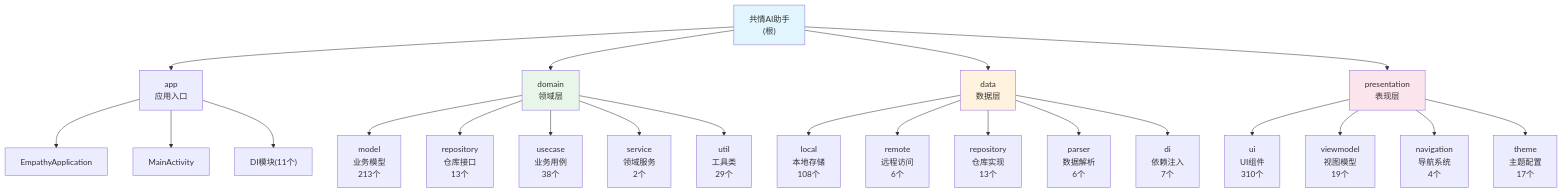
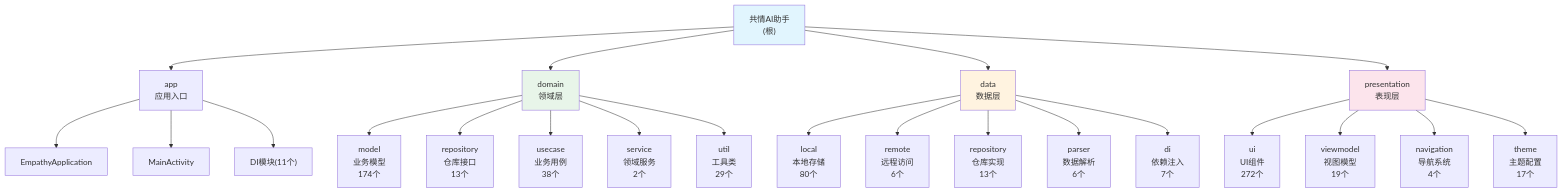
Before and after one commit to ZeroPointSix/empathize-with-others: the diagram in CLAUDE.md, drawn with Mermaid. The commit also changed other lines of this file and 60 other files, not shown here.

````diff
--- a/CLAUDE.md
+++ b/CLAUDE.md
@@ -81,38 +81,38 @@
 ```mermaid
 graph TD
     A["共情AI助手<br/>(根)"] --> B["app<br/>应用入口"]
     A --> C["domain<br/>领域层"]
     A --> D["data<br/>数据层"]
     A --> E["presentation<br/>表现层"]
 
     B --> B1["EmpathyApplication"]
     B --> B2["MainActivity"]
     B --> B3["DI模块(11个)"]
 
-    C --> C1["model<br/>业务模型<br/>213个"]
+    C --> C1["model<br/>业务模型<br/>174个"]
     C --> C2["repository<br/>仓库接口<br/>13个"]
     C --> C3["usecase<br/>业务用例<br/>38个"]
     C --> C4["service<br/>领域服务<br/>2个"]
     C --> C5["util<br/>工具类<br/>29个"]
 
-    D --> D1["local<br/>本地存储<br/>108个"]
+    D --> D1["local<br/>本地存储<br/>80个"]
     D --> D2["remote<br/>远程访问<br/>6个"]
     D --> D3["repository<br/>仓库实现<br/>13个"]
     D --> D4["parser<br/>数据解析<br/>6个"]
     D --> D5["di<br/>依赖注入<br/>7个"]
 
-    E --> E1["ui<br/>UI组件<br/>310个"]
+    E --> E1["ui<br/>UI组件<br/>272个"]
     E --> E2["viewmodel<br/>视图模型<br/>19个"]
     E --> E3["navigation<br/>导航系统<br/>4个"]
     E --> E4["theme<br/>主题配置<br/>17个"]
 
     style A fill:#e1f5fe
     style C fill:#e8f5e9
     style D fill:#fff3e0
     style E fill:#fce4ec
 
     click C "./domain/CLAUDE.md" "查看 domain 模块文档"
     click D "./data/CLAUDE.md" "查看 data 模块文档"
     click E "./presentation/CLAUDE.md" "查看 presentation 模块文档"
     click B "app/src/main/java/com/empathy/ai/app/CLAUDE.md" "查看 app 模块文档"
 ```
````
